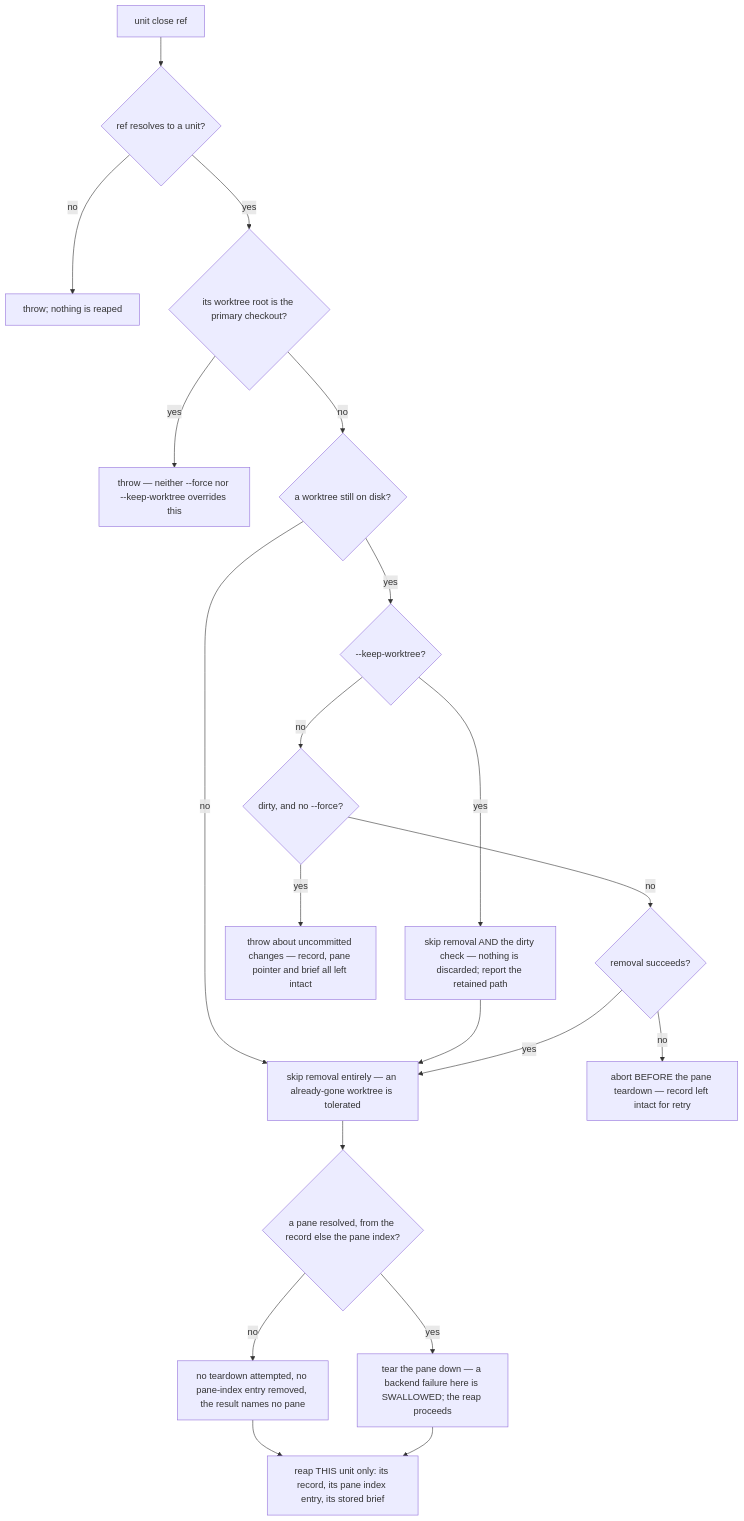
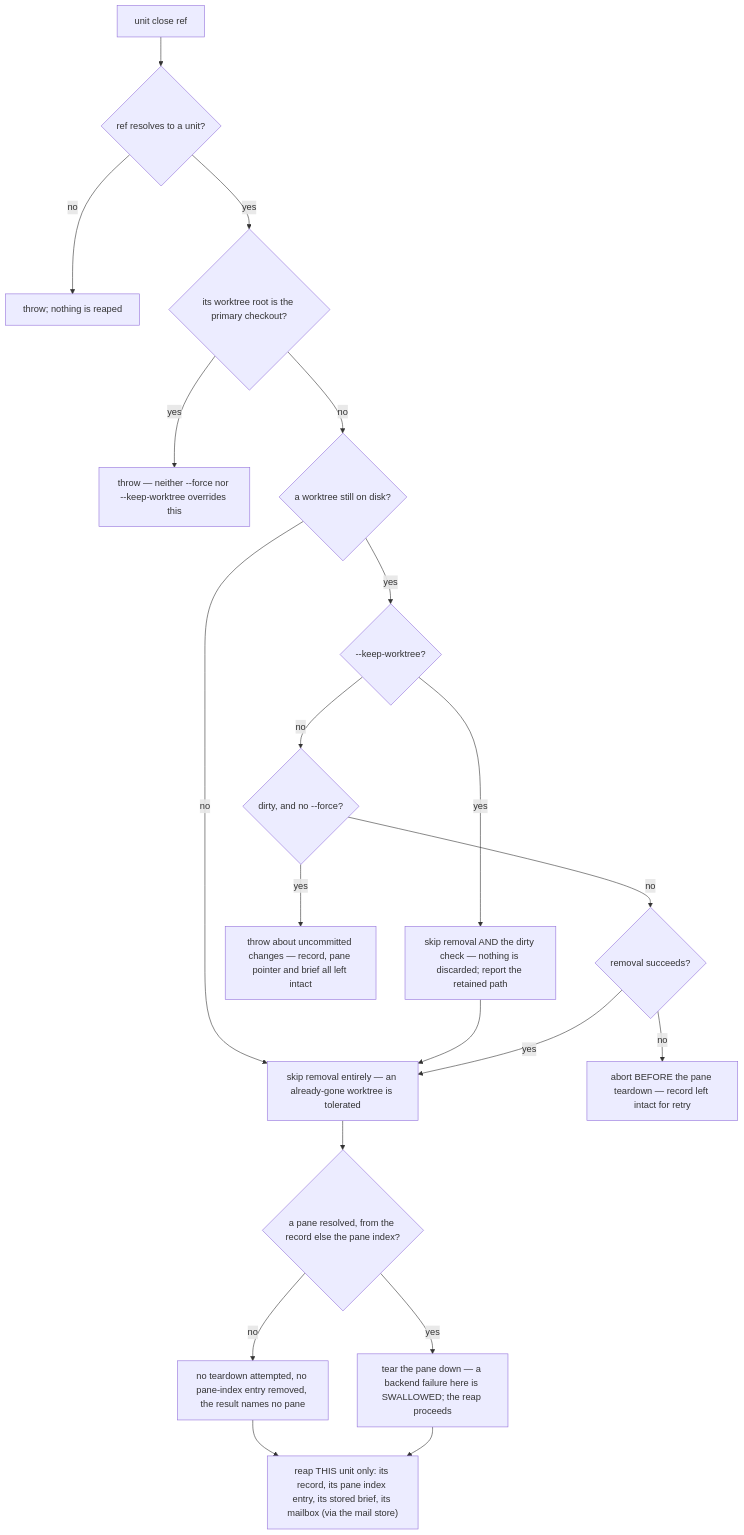
One commit to cyberuni/cyberlegion changed the fourth of 5 diagrams in packages/cyberlegion/.agents/spec/unit/lifecycle/README.md. Above: the diagram before and after it, drawn with Mermaid. The commit also changed other lines of this file and 25 other files, not shown here.

````diff
--- a/packages/cyberlegion/.agents/spec/unit/lifecycle/README.md
+++ b/packages/cyberlegion/.agents/spec/unit/lifecycle/README.md
@@ -455,22 +461,22 @@
 ```mermaid
 graph TD
   CL0["unit close ref"] --> CL1{"ref resolves to a unit?"}
   CL1 -- no --> CL1X["throw; nothing is reaped"]
   CL1 -- yes --> CL2{"its worktree root is the primary checkout?"}
   CL2 -- yes --> CL2X["throw — neither --force nor --keep-worktree overrides this"]
   CL2 -- no --> CL3{"a worktree still on disk?"}
   CL3 -- no --> CL6["skip removal entirely — an already-gone worktree is tolerated"]
   CL3 -- yes --> CLK{"--keep-worktree?"}
   CLK -- yes --> CLK1["skip removal AND the dirty check — nothing is discarded; report the retained path"]
   CLK1 --> CL6
   CLK -- no --> CL4{"dirty, and no --force?"}
   CL4 -- yes --> CL4X["throw about uncommitted changes — record, pane pointer and brief all left intact"]
   CL4 -- no --> CL5{"removal succeeds?"}
   CL5 -- no --> CL5X["abort BEFORE the pane teardown — record left intact for retry"]
   CL5 -- yes --> CL6
   CL6 --> CL7{"a pane resolved, from the record else the pane index?"}
   CL7 -- no --> CL8["no teardown attempted, no pane-index entry removed, the result names no pane"]
   CL7 -- yes --> CL9["tear the pane down — a backend failure here is SWALLOWED; the reap proceeds"]
   CL8 --> CL10
-  CL9 --> CL10["reap THIS unit only: its record, its pane index entry, its stored brief"]
+  CL9 --> CL10["reap THIS unit only: its record, its pane index entry, its stored brief, its mailbox (via the mail store)"]
 ```
````
